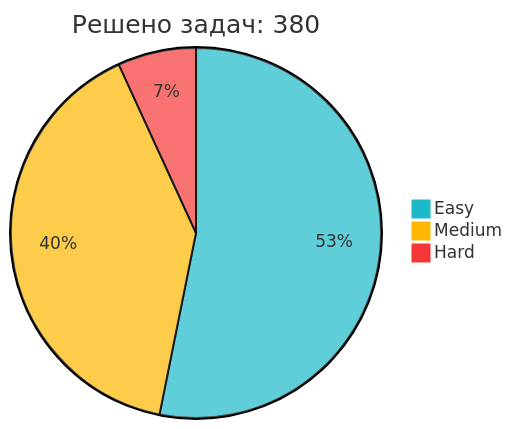
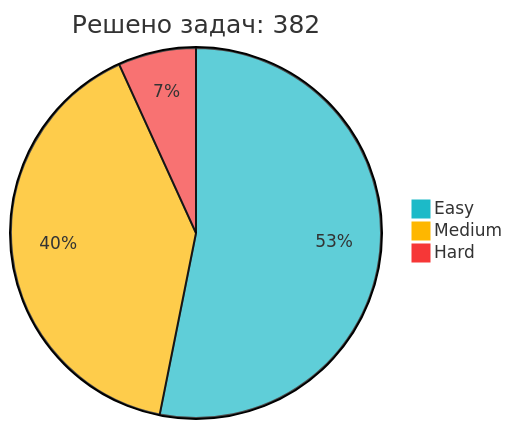
One commit to IliaKurdukov/IliaKurdukov changed the diagram in README.md. Above: the diagram before and after it, drawn with Mermaid. The commit also changed other lines of this file, not shown here.

Commit message:
📈 Обновление статистики LeetCode

````diff
--- a/README.md
+++ b/README.md
@@ -51,7 +51,7 @@
 ```mermaid
 %%{init: {'theme': 'base', 'themeVariables': { 'pie1': '#1CBAC8', 'pie2': '#FEB700', 'pie3': '#F63737' }, 'config': {'width': 300, 'height': 200}}}%%
-pie title Решено задач: 380
-   "Easy" : 202
-   "Medium" : 152
+pie title Решено задач: 382
+   "Easy" : 203
+   "Medium" : 153
    "Hard" : 26
 ```
````
